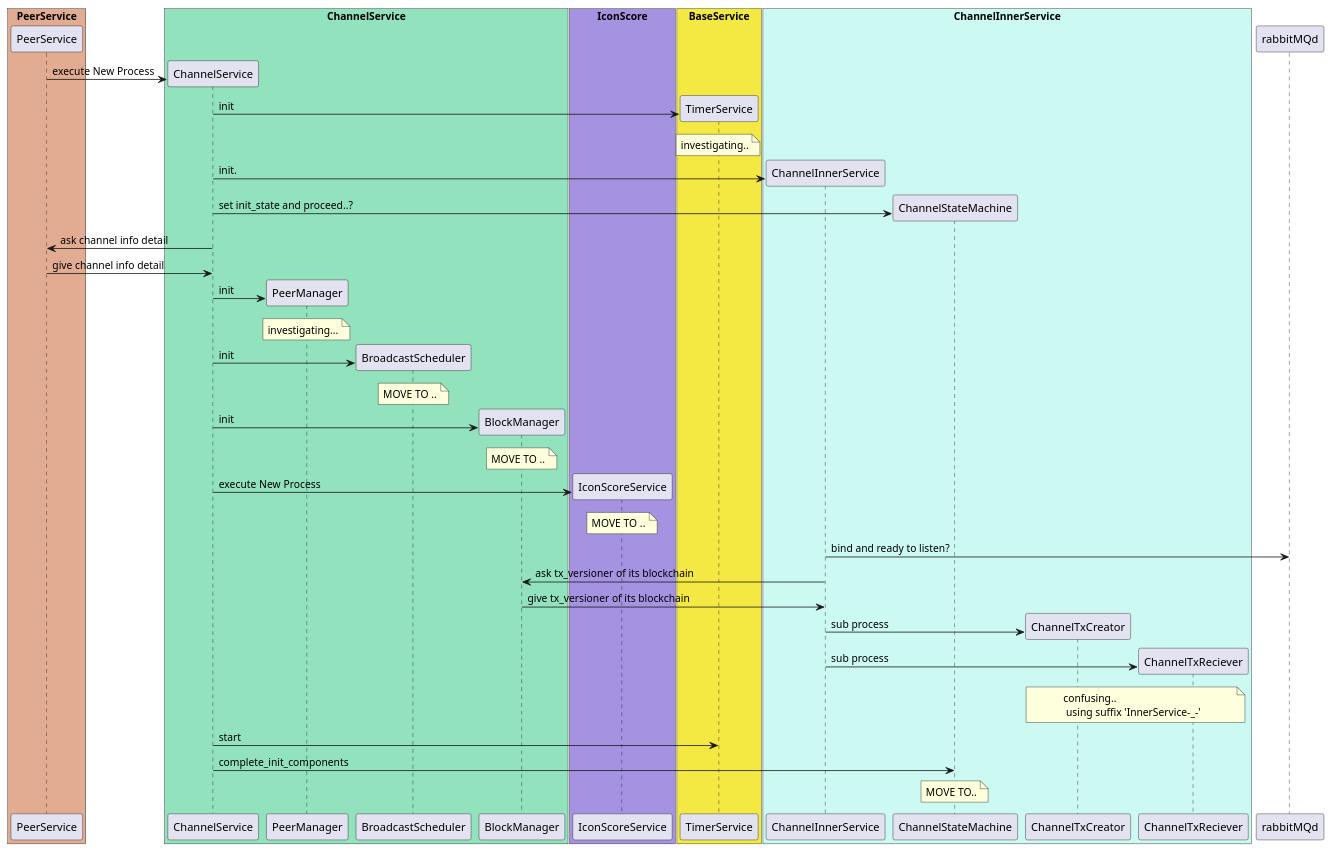
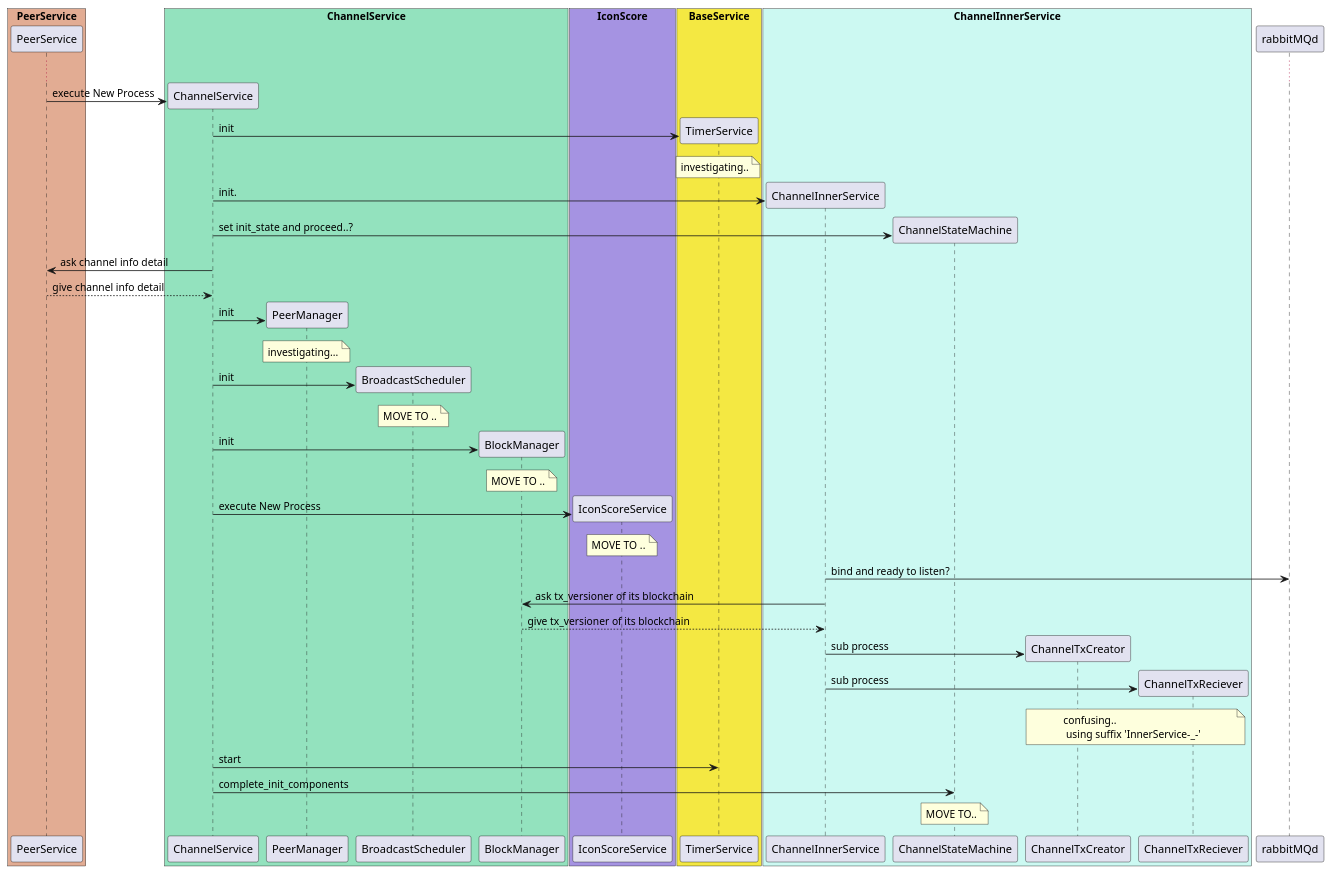
The diagram in diagram-sequence/processes/channel/channel-summary.puml (metalg0su/studies), drawn with PlantUML before and after one commit. The commit also changed 7 other files, not shown here.

```diff
--- a/diagram-sequence/processes/channel/channel-summary.puml
+++ b/diagram-sequence/processes/channel/channel-summary.puml
@@ -81,81 +81,82 @@
 @startuml
 
 box "PeerService" #e2ac93
     participant PeerService
 end box
 
 box "ChannelService" #93e2be
     participant ChannelService 
     participant PeerManager 
     ' participant Signer
     participant BroadcastScheduler 
     participant BlockManager 
     ' participant NodeSubscriber
 end box
 
 box "IconScore" #a593e2
     participant IconScoreService
 end box
 
 box "BaseService" #f4e842 
     participant TimerService
 end box 
 
 box "ChannelInnerService" #ccf9f2
     participant ChannelInnerService
     participant ChannelStateMachine
     participant ChannelTxCreator
     participant ChannelTxReciever
 end box 
 
 create ChannelService
+...
 PeerService -> ChannelService: execute New Process
 
 '---------- CHANNEL START 
 create TimerService
 ChannelService -> TimerService: init
 note over TimerService: investigating..
 create ChannelInnerService
 ChannelService -> ChannelInnerService: init.
 create ChannelStateMachine
 ChannelService -> ChannelStateMachine: set init_state and proceed..?
 ChannelService -> PeerService: ask channel info detail
-PeerService -> ChannelService: give channel info detail
+PeerService --> ChannelService: give channel info detail
 
 '---------- initialize channel by detailed info
 create PeerManager
 ChannelService -> PeerManager: init
 note over PeerManager: investigating...
 
 ' BroadcastScheduler
 create BroadcastScheduler
 ChannelService -> BroadcastScheduler: init
 note over BroadcastScheduler: MOVE TO ..
 
 ' BlockManager
 create BlockManager
 ChannelService -> BlockManager: init 
 note over BlockManager: MOVE TO ..
 
 '---------- SCORE-A
 create IconScoreService 
 ChannelService -> IconScoreService: execute New Process
 note over IconScoreService: MOVE TO ..
 '---------- SCORE-Z
 
 ChannelInnerService -> rabbitMQd: bind and ready to listen?
 ChannelInnerService -> BlockManager: ask tx_versioner of its blockchain
-BlockManager -> ChannelInnerService: give tx_versioner of its blockchain
+BlockManager --> ChannelInnerService: give tx_versioner of its blockchain
 
 '---------- Initialize Sub ServiceS 
 create ChannelTxCreator
 ChannelInnerService -> ChannelTxCreator: sub process 
 create ChannelTxReciever
 ChannelInnerService -> ChannelTxReciever: sub process
 note over ChannelTxCreator, ChannelTxReciever: confusing..\n using suffix 'InnerService-_-' 
 
 '---------- finallei~ 
 ChannelService -> TimerService: start
 ChannelService -> ChannelStateMachine: complete_init_components
 note over ChannelStateMachine: MOVE TO..
 @enduml
```
